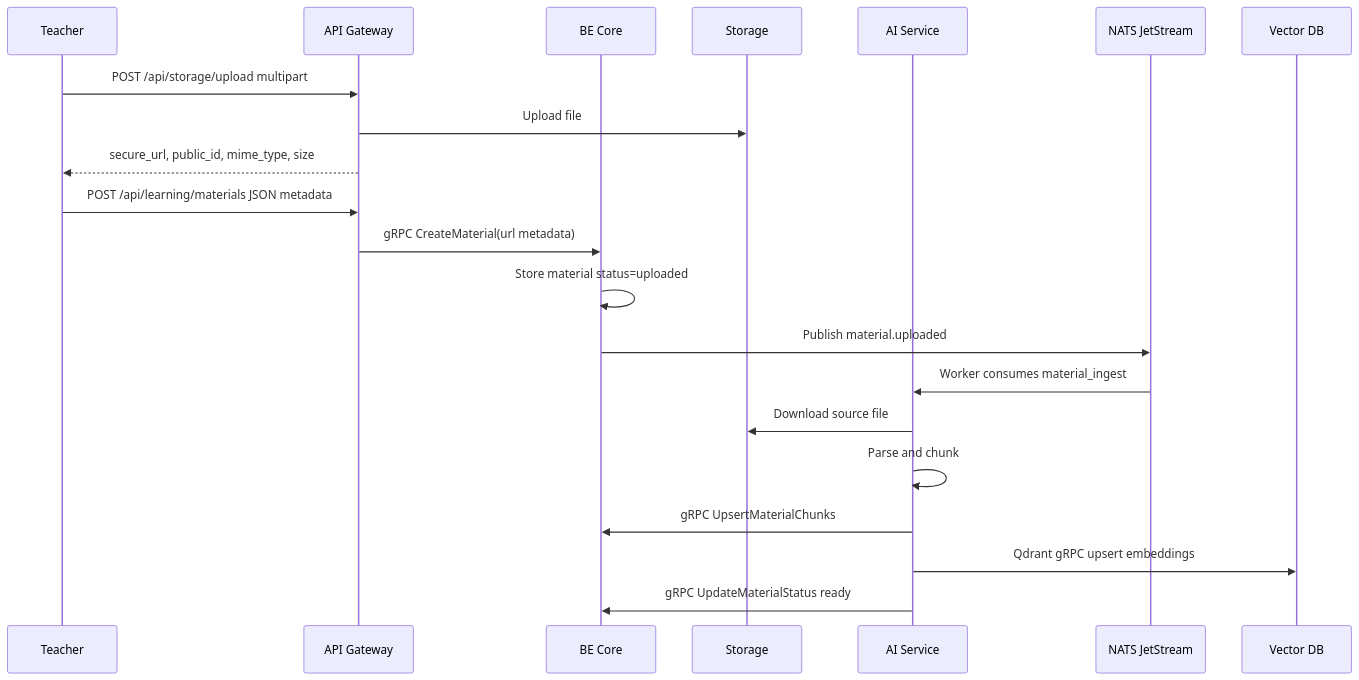
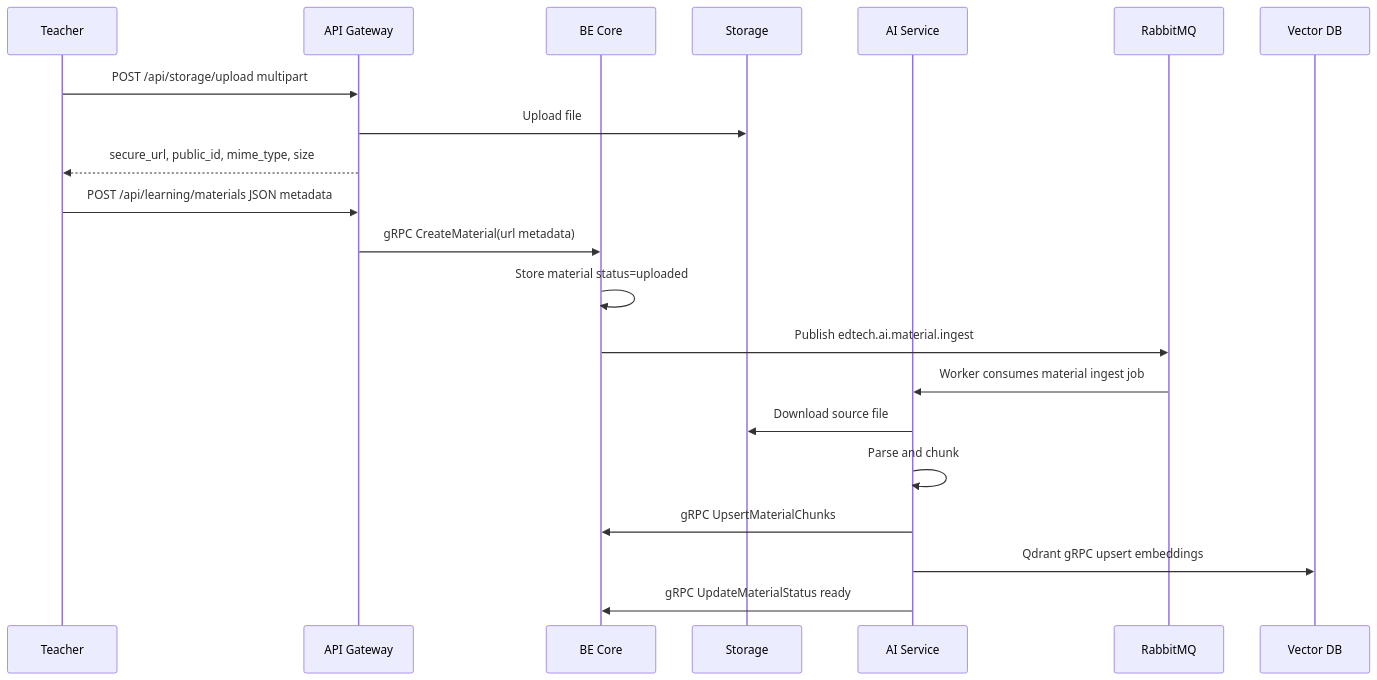
One commit to Tanh1603/EdTech changed the fourth of 5 diagrams in docs/system-architechture.md. Above: the diagram before and after it, drawn with Mermaid. The commit also changed other lines of this file and 58 other files, not shown here.

````diff
--- a/docs/system-architechture.md
+++ b/docs/system-architechture.md
@@ -1075,24 +1080,24 @@
 ```mermaid
 sequenceDiagram
   participant T as Teacher
   participant G as API Gateway
   participant B as BE Core
   participant S as Storage
   participant A as AI Service
-  participant N as NATS JetStream
+  participant R as RabbitMQ
   participant V as Vector DB
 
   T->>G: POST /api/storage/upload multipart
   G->>S: Upload file
   G-->>T: secure_url, public_id, mime_type, size
   T->>G: POST /api/learning/materials JSON metadata
   G->>B: gRPC CreateMaterial(url metadata)
   B->>B: Store material status=uploaded
-  B->>N: Publish material.uploaded
-  N->>A: Worker consumes material_ingest
+  B->>R: Publish edtech.ai.material.ingest
+  R->>A: Worker consumes material ingest job
   A->>S: Download source file
   A->>A: Parse and chunk
   A->>B: gRPC UpsertMaterialChunks
   A->>V: Qdrant gRPC upsert embeddings
   A->>B: gRPC UpdateMaterialStatus ready
 ```
````
